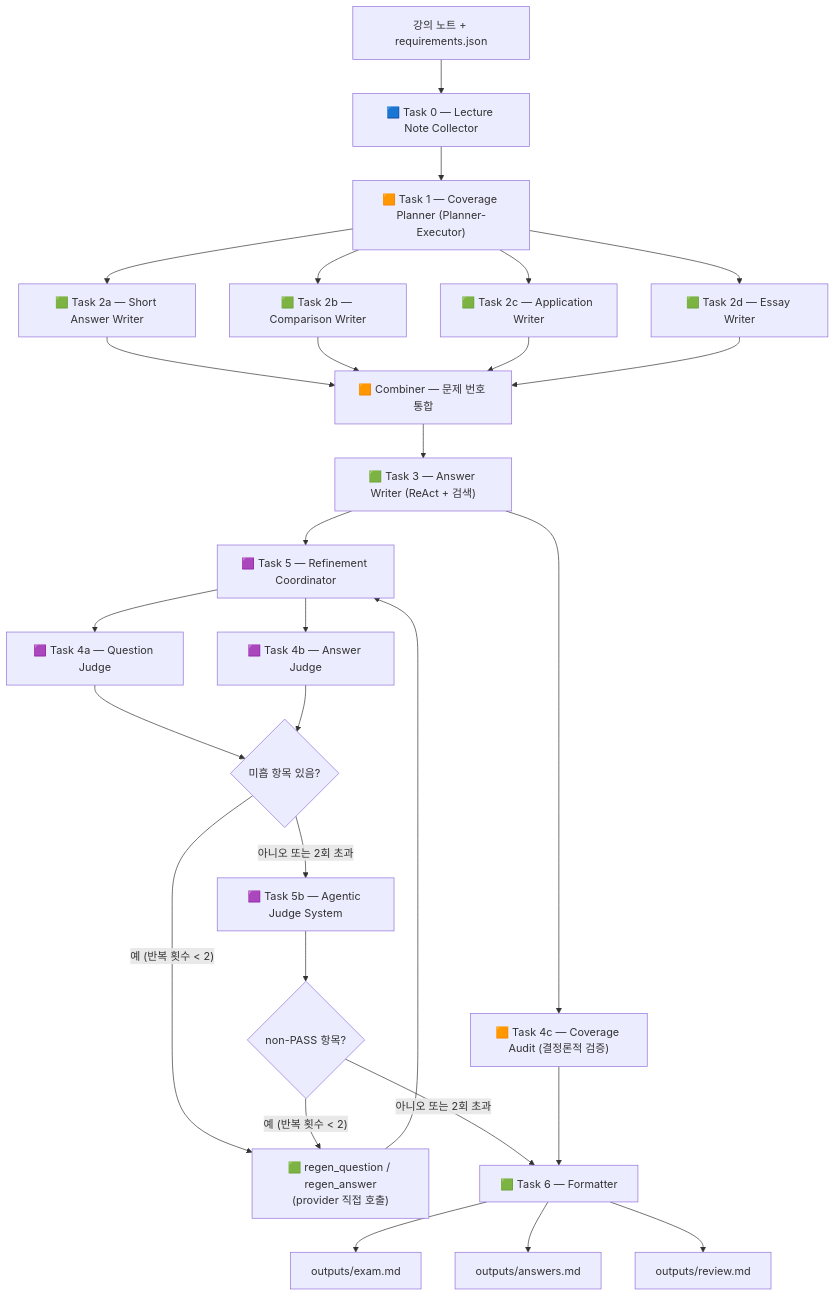
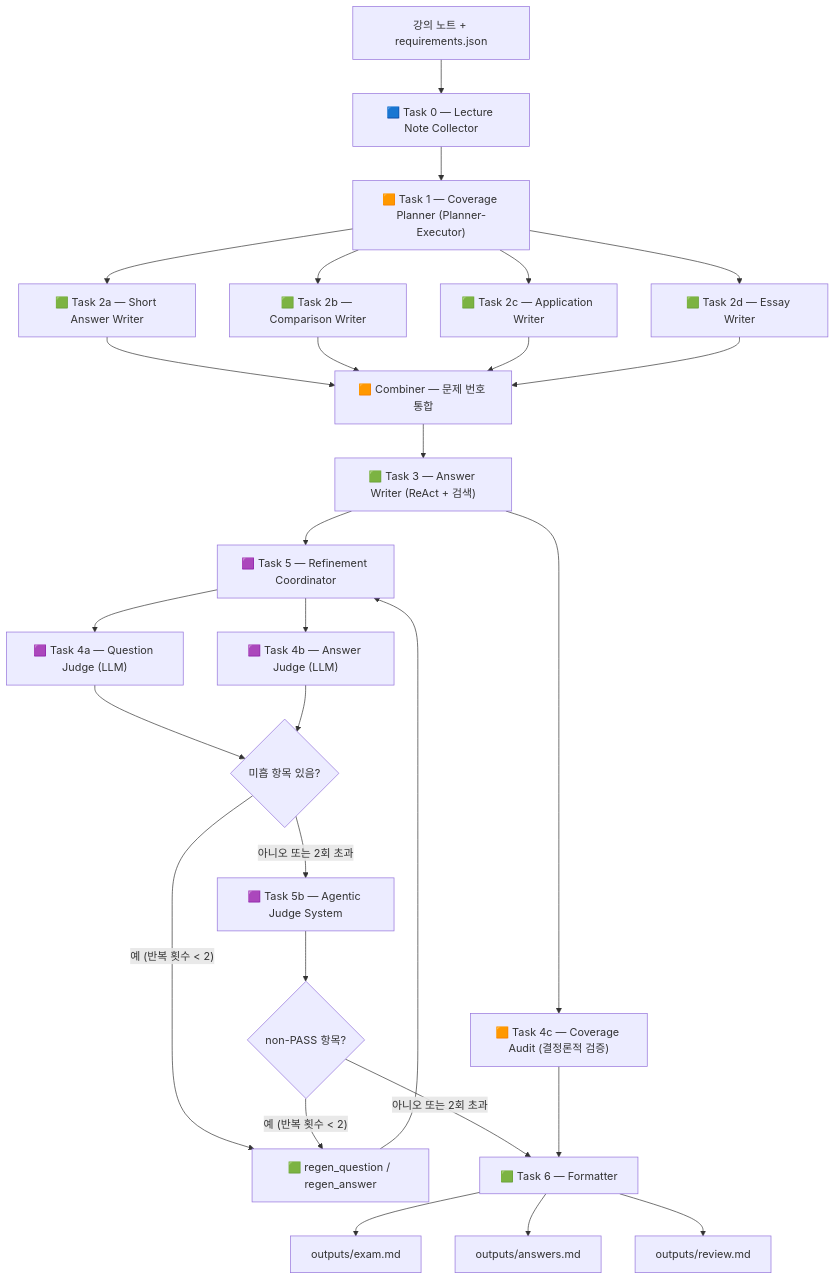
One commit to yunseo-lee-0527/exam-agent-project changed the diagram in exam-agent-project/README.md. Above: the diagram before and after it, drawn with Mermaid. The commit also changed other lines of this file, not shown here.

````diff
--- a/exam-agent-project/README.md
+++ b/exam-agent-project/README.md
@@ -80,35 +86,35 @@
 ```mermaid
 flowchart TD
     INPUT["강의 노트 + requirements.json"] --> T0["🟦 Task 0 — Lecture Note Collector"]
     T0 --> T1["🟧 Task 1 — Coverage Planner (Planner-Executor)"]
 
     T1 --> T2A["🟩 Task 2a — Short Answer Writer"]
     T1 --> T2B["🟩 Task 2b — Comparison Writer"]
     T1 --> T2C["🟩 Task 2c — Application Writer"]
     T1 --> T2D["🟩 Task 2d — Essay Writer"]
 
     T2A --> COMBINE["🟧 Combiner — 문제 번호 통합"]
     T2B --> COMBINE
     T2C --> COMBINE
     T2D --> COMBINE
 
     COMBINE --> T3["🟩 Task 3 — Answer Writer (ReAct + 검색)"]
     T3 --> T4C["🟧 Task 4c — Coverage Audit (결정론적 검증)"]
     T3 --> T5["🟪 Task 5 — Refinement Coordinator"]
 
-    T5 --> T4A["🟪 Task 4a — Question Judge"]
-    T5 --> T4B["🟪 Task 4b — Answer Judge"]
+    T5 --> T4A["🟪 Task 4a — Question Judge (LLM)"]
+    T5 --> T4B["🟪 Task 4b — Answer Judge (LLM)"]
     T4A --> LOOP{미흡 항목 있음?}
     T4B --> LOOP
-    LOOP -- "예 (반복 횟수 < 2)" --> REGEN["🟩 regen_question / regen_answer\n(provider 직접 호출)"]
+    LOOP -- "예 (반복 횟수 < 2)" --> REGEN["🟩 regen_question / regen_answer"]
     REGEN --> T5
     LOOP -- "아니오 또는 2회 초과" --> T5B["🟪 Task 5b — Agentic Judge System"]
     T5B --> LOOP2{non-PASS 항목?}
     LOOP2 -- "예 (반복 횟수 < 2)" --> REGEN
     LOOP2 -- "아니오 또는 2회 초과" --> T6["🟩 Task 6 — Formatter"]
     T4C --> T6
 
     T6 --> EXAM["outputs/exam.md"]
     T6 --> ANS["outputs/answers.md"]
     T6 --> REV["outputs/review.md"]
 ```
````
